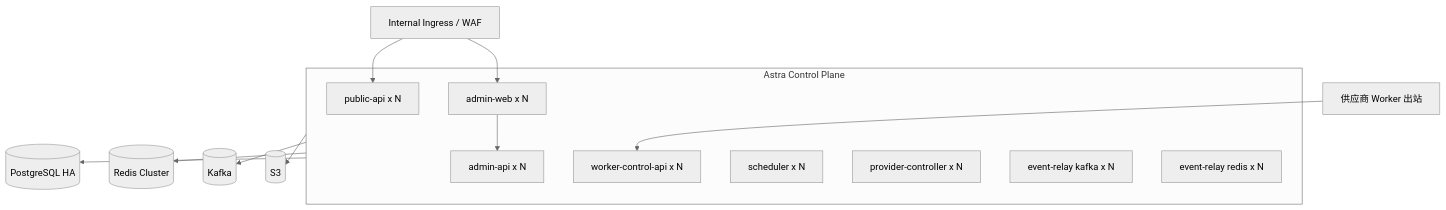
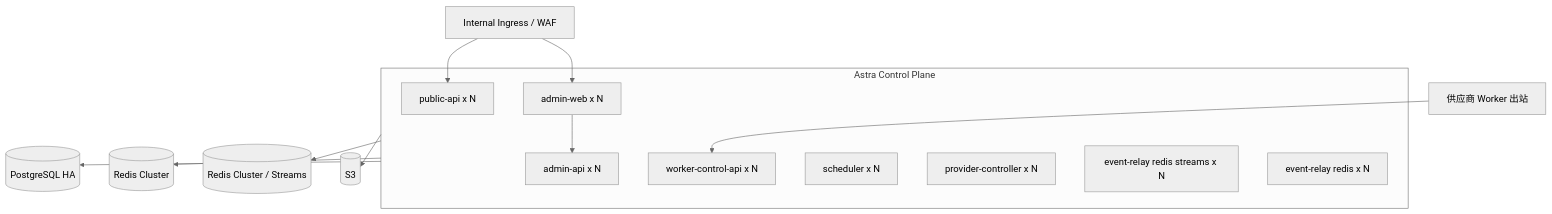
One commit to otoTree/astra changed the diagram in docs/07-deployment-security-observability.md. Above: the diagram before and after it, drawn with Mermaid (neutral theme). The commit also changed other lines of this file and 34 other files, not shown here.

Commit message:
feat(provider): replace kafka relay and encrypt gongji credentials

````diff
--- a/docs/07-deployment-security-observability.md
+++ b/docs/07-deployment-security-observability.md
@@ -17,23 +17,23 @@
 ```mermaid
 flowchart TB
     Ingress["Internal Ingress / WAF"] --> PublicAPI["public-api x N"]
     Ingress --> AdminWeb["admin-web x N"]
     AdminWeb --> AdminAPI["admin-api x N"]
     WorkerEgress["供应商 Worker 出站"] --> WorkerAPI["worker-control-api x N"]
 
     subgraph K8s["Astra Control Plane"]
       PublicAPI
       AdminWeb
       AdminAPI
       WorkerAPI
       Scheduler["scheduler x N"]
       ProviderCtl["provider-controller x N"]
-      KafkaRelay["event-relay kafka x N"]
+      RedisStreamRelay["event-relay redis streams x N"]
       RedisRelay["event-relay redis x N"]
     end
 
     K8s --> PG[("PostgreSQL HA")]
-    K8s --> Redis[("Redis Cluster")]
-    K8s --> Kafka[("Kafka")]
+    K8s --> RedisCluster[("Redis Cluster")]
+    K8s --> RedisStreams[("Redis Cluster / Streams")]
     K8s --> S3[("S3")]
 ```
````
